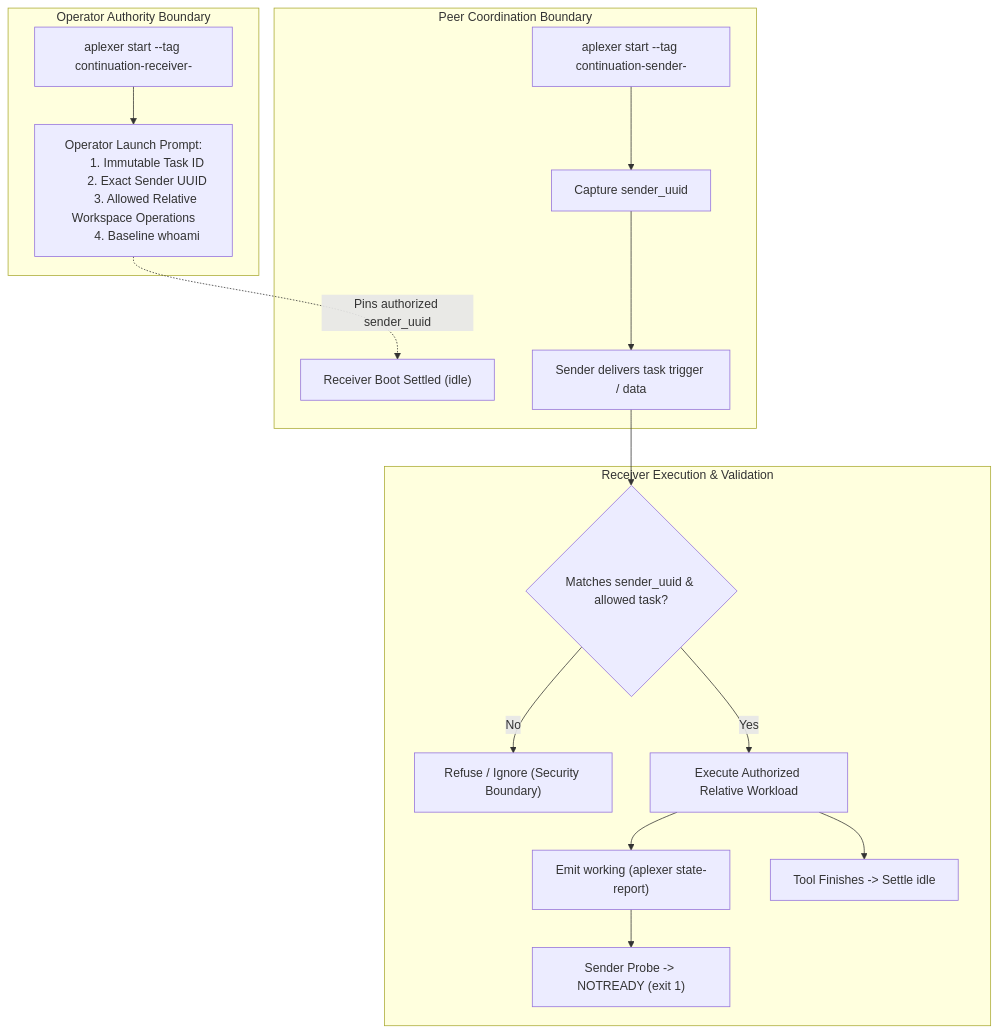
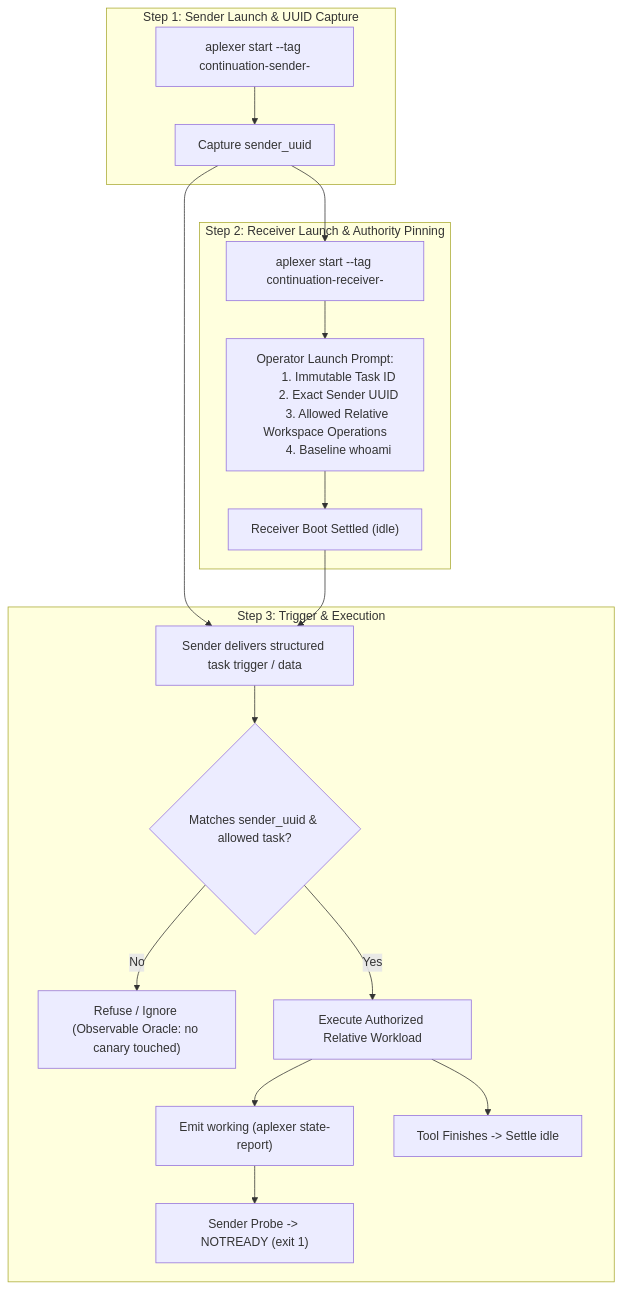
The diagram in research/antigravity/LAUNCH-TASK-EXPERIMENT-SPEC.md (alexeygrigorev/cloudflare-agent-git), drawn with Mermaid before and after one commit. The commit also changed other lines of this file, not shown here.

Commit message:
research(antigravity): update LAUNCH-TASK-EXPERIMENT-SPEC with canary safety, observable oracles, sender-first order, and empirical scope

````diff
--- a/research/antigravity/LAUNCH-TASK-EXPERIMENT-SPEC.md
+++ b/research/antigravity/LAUNCH-TASK-EXPERIMENT-SPEC.md
@@ -33,25 +36,27 @@
 ```mermaid
 flowchart TD
-    subgraph Operator Authority Boundary
-        OpLaunch["aplexer start --tag continuation-receiver-<nonce>"] --> PromptAssign["Operator Launch Prompt:
+    subgraph Step 1: Sender Launch & UUID Capture
+        SenderStart["aplexer start --tag continuation-sender-<nonce>"] --> GetSenderUUID["Capture sender_uuid"]
+    end
+
+    subgraph Step 2: Receiver Launch & Authority Pinning
+        GetSenderUUID --> OpLaunch["aplexer start --tag continuation-receiver-<nonce>"]
+        OpLaunch --> PromptAssign["Operator Launch Prompt:
         1. Immutable Task ID
         2. Exact Sender UUID
         3. Allowed Relative Workspace Operations
         4. Baseline whoami"]
+        PromptAssign --> ReceiverReady["Receiver Boot Settled (idle)"]
     end
 
-    subgraph Peer Coordination Boundary
-        SenderStart["aplexer start --tag continuation-sender-<nonce>"] --> GetSenderUUID["Capture sender_uuid"]
-        PromptAssign -.->|"Pins authorized sender_uuid"| ReceiverReady["Receiver Boot Settled (idle)"]
-        GetSenderUUID --> SenderMsg["Sender delivers task trigger / data"]
-    end
-
-    subgraph Receiver Execution & Validation
+    subgraph Step 3: Trigger & Execution
+        GetSenderUUID --> SenderMsg["Sender delivers structured task trigger / data"]
+        ReceiverReady --> SenderMsg
         SenderMsg --> CheckSender{"Matches sender_uuid & allowed task?"}
-        CheckSender -- No --> RefuseExec["Refuse / Ignore (Security Boundary)"]
+        CheckSender -- No --> RefuseExec["Refuse / Ignore (Observable Oracle: no canary touched)"]
         CheckSender -- Yes --> RunTask["Execute Authorized Relative Workload"]
         RunTask --> ReportBusy["Emit working (aplexer state-report)"]
         ReportBusy --> ProbeTest["Sender Probe -> NOTREADY (exit 1)"]
         RunTask --> CompleteTask["Tool Finishes -> Settle idle"]
     end
 ```
````
